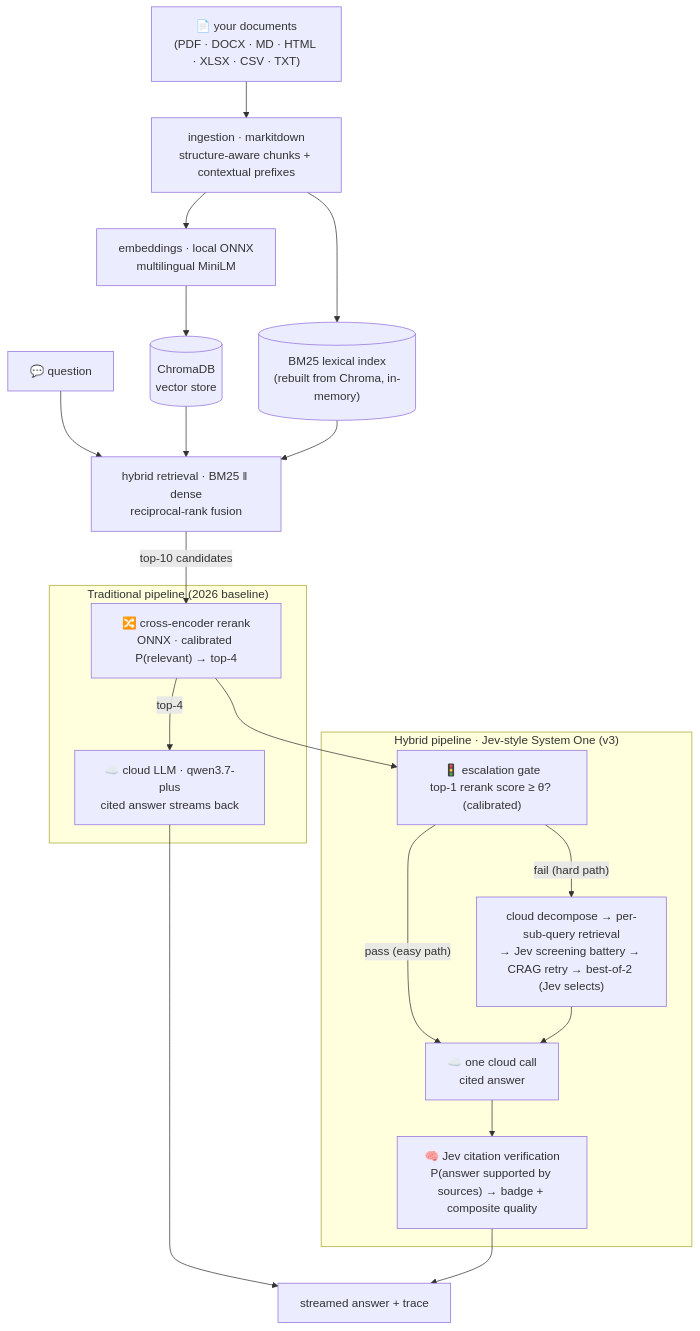
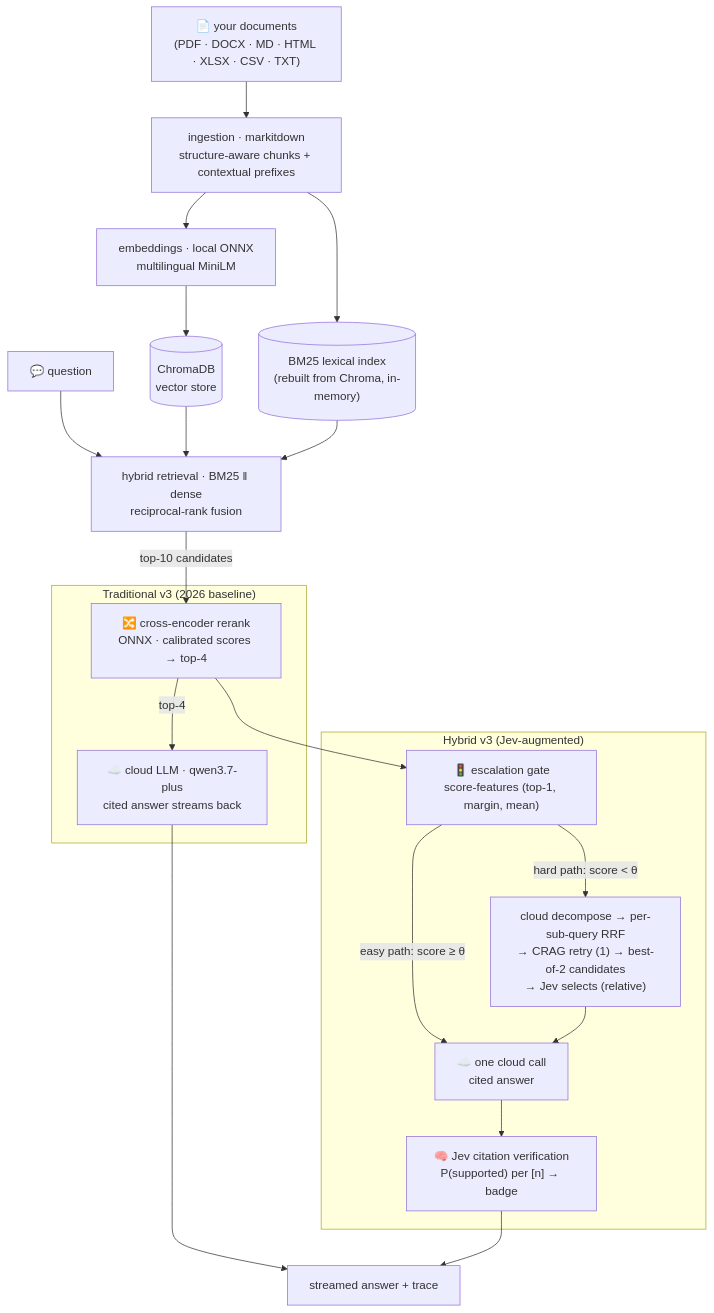
The diagram in README.md (kanishka-namdeo/jev-rag), drawn with Mermaid before and after one commit. The commit also changed other lines of this file and 1 other file, not shown here.

First line of the commit message:
docs(readme): align with v3 architecture and benchmark results

````diff
--- a/README.md
+++ b/README.md
@@ -103,27 +111,27 @@
 ```mermaid
 flowchart TB
     D["📄 your documents<br/>(PDF · DOCX · MD · HTML · XLSX · CSV · TXT)"] --> IN["ingestion · markitdown<br/>structure-aware chunks + contextual prefixes"]
     IN --> EMB["embeddings · local ONNX<br/>multilingual MiniLM"]
     EMB --> V[("ChromaDB<br/>vector store")]
     IN --> BM[("BM25 lexical index<br/>(rebuilt from Chroma, in-memory)")]
 
     U["💬 question"] --> FUSE["hybrid retrieval · BM25 ‖ dense<br/>reciprocal-rank fusion"]
     V --> FUSE
     BM --> FUSE
-    FUSE -- "top-10 candidates" --> CE["🔀 cross-encoder rerank<br/>ONNX · calibrated P(relevant) → top-4"]
+    FUSE -- "top-10 candidates" --> CE["🔀 cross-encoder rerank<br/>ONNX · calibrated scores → top-4"]
 
-    subgraph T["Traditional pipeline (2026 baseline)"]
+    subgraph T["Traditional v3 (2026 baseline)"]
         CE -- "top-4" --> TL["☁️ cloud LLM · qwen3.7-plus<br/>cited answer streams back"]
     end
 
-    subgraph H["Hybrid pipeline · Jev-style System One (v3)"]
-        CE --> GATE["🚦 escalation gate<br/>top-1 rerank score ≥ θ? (calibrated)"]
-        GATE -- "pass (easy path)" --> HL["☁️ one cloud call<br/>cited answer"]
-        GATE -- "fail (hard path)" --> DEC["cloud decompose → per-sub-query retrieval<br/>→ Jev screening battery → CRAG retry → best-of-2 (Jev selects)"]
+    subgraph H["Hybrid v3 (Jev-augmented)"]
+        CE --> GATE["🚦 escalation gate<br/>score-features (top-1, margin, mean)"]
+        GATE -- "easy path: score ≥ θ" --> HL["☁️ one cloud call<br/>cited answer"]
+        GATE -- "hard path: score < θ" --> DEC["cloud decompose → per-sub-query RRF<br/>→ CRAG retry (1) → best-of-2 candidates<br/>→ Jev selects (relative)"]
         DEC --> HL
-        HL --> JV["🧠 Jev citation verification<br/>P(answer supported by sources) → badge + composite quality"]
+        HL --> JV["🧠 Jev citation verification<br/>P(supported) per [n] → badge"]
     end
 
     TL --> OUT["streamed answer + trace"]
     JV --> OUT
 ```
````
